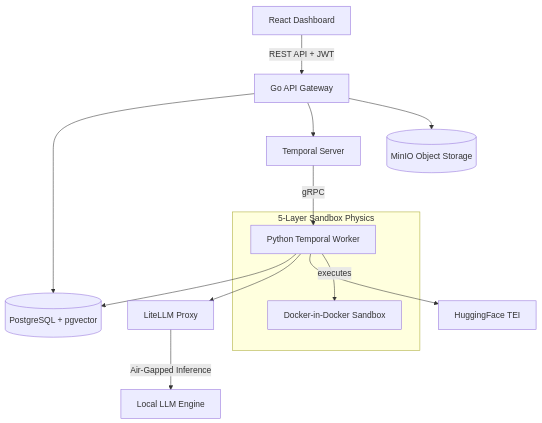
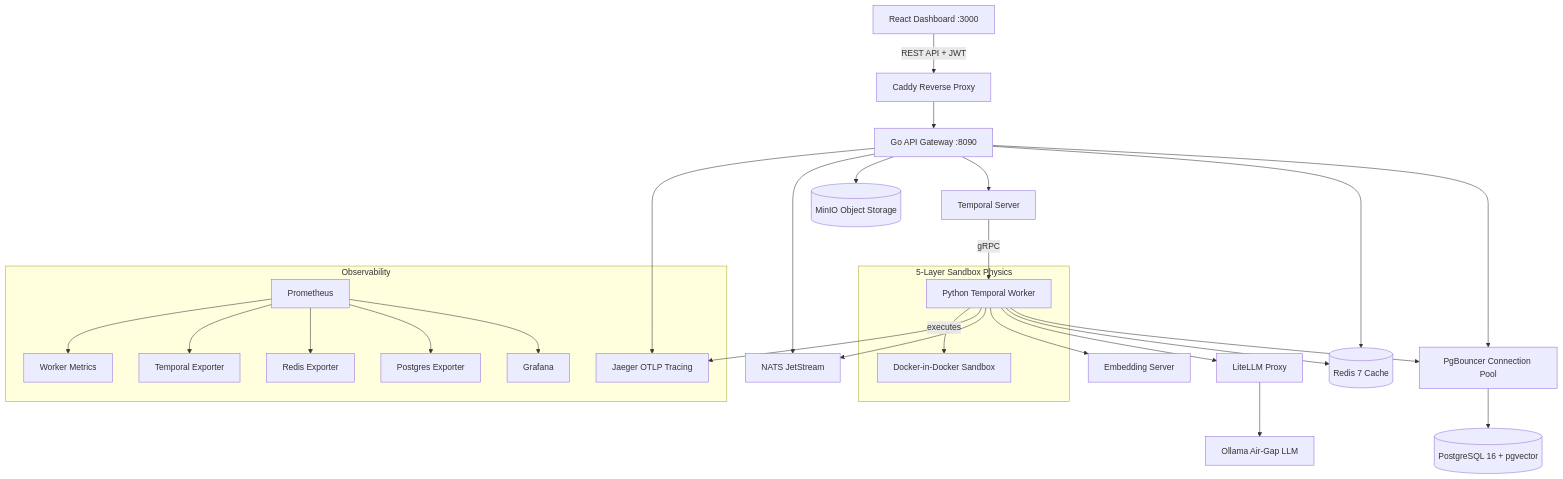
One commit to swami086/Zovark_swami changed the diagram in docs/ARCHITECTURE_AND_SECURITY.md. Above: the diagram before and after it, drawn with Mermaid. The commit also changed other lines of this file and 10 other files, not shown here.

````diff
--- a/docs/ARCHITECTURE_AND_SECURITY.md
+++ b/docs/ARCHITECTURE_AND_SECURITY.md
@@ -9,19 +11,38 @@
 ```mermaid
 graph TD
-    UI[React Dashboard] -->|REST API + JWT| API[Go API Gateway]
-    API --> DB[(PostgreSQL + pgvector)]
+    UI[React Dashboard :3000] -->|REST API + JWT| CADDY[Caddy Reverse Proxy]
+    CADDY --> API[Go API Gateway :8090]
+
+    API --> PGBOUNCER[PgBouncer Connection Pool]
+    PGBOUNCER --> DB[(PostgreSQL 16 + pgvector)]
+    API --> REDIS[(Redis 7 Cache)]
     API --> TEMPORAL[Temporal Server]
     API --> S3[(MinIO Object Storage)]
-    
+    API --> NATS[NATS JetStream]
+
     TEMPORAL -->|gRPC| WORKER[Python Temporal Worker]
-    
-    WORKER --> DB
+
+    WORKER --> PGBOUNCER
+    WORKER --> REDIS
     WORKER --> LITELLM[LiteLLM Proxy]
-    WORKER --> EMBED[HuggingFace TEI]
-    
-    LITELLM -->|Air-Gapped Inference| OLLAMA[Local LLM Engine]
-    
+    WORKER --> EMBED[Embedding Server]
+    WORKER --> NATS
+
+    LITELLM --> OLLAMA[Ollama Air-Gap LLM]
+
+    subgraph "Observability"
+        PROMETHEUS[Prometheus] --> GRAFANA[Grafana]
+        PROMETHEUS --> PG_EXP[Postgres Exporter]
+        PROMETHEUS --> REDIS_EXP[Redis Exporter]
+        PROMETHEUS --> TEMP_EXP[Temporal Exporter]
+        PROMETHEUS --> WORKER_M[Worker Metrics]
+        JAEGER[Jaeger OTLP Tracing]
+    end
+
+    WORKER --> JAEGER
+    API --> JAEGER
+
     subgraph "5-Layer Sandbox Physics"
         WORKER -- executes --> DIND[Docker-in-Docker Sandbox]
     end
 ```
````
